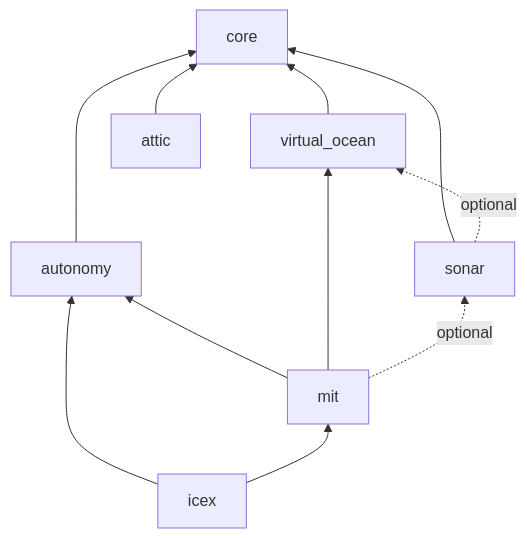
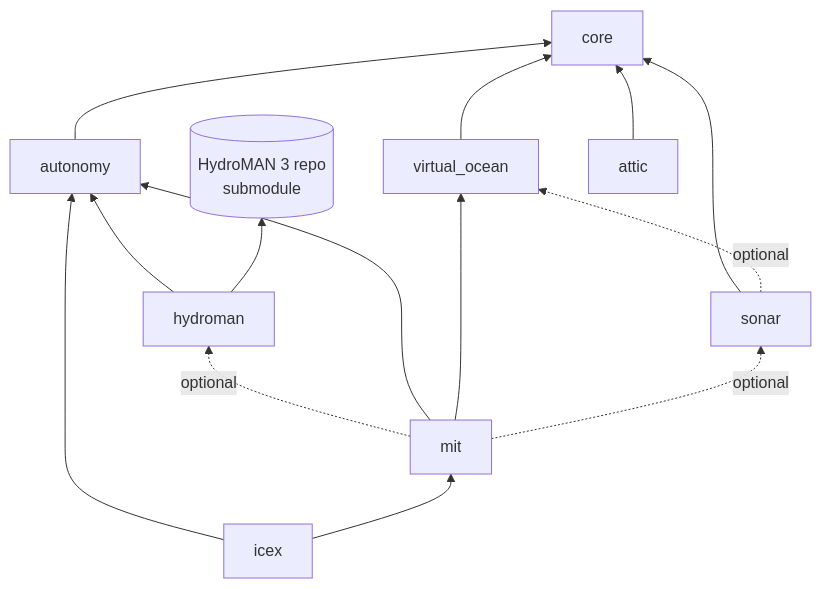
The second of 2 diagrams in core/src/doc/plan/claude/02-repository-layout-and-build.md (GobySoft/lamss3), drawn with Mermaid before and after one commit. The commit also changed other lines of this file and 10 other files, not shown here.

First line of the commit message:
Model HydroMAN 3 as a wrapper toolbox

````diff
--- a/core/src/doc/plan/claude/02-repository-layout-and-build.md
+++ b/core/src/doc/plan/claude/02-repository-layout-and-build.md
@@ -105,14 +111,17 @@
 ```mermaid
 flowchart BT
   core
   autonomy --> core
   virtual_ocean --> core
   sonar --> core
   sonar -.optional.-> virtual_ocean
+  hydroman --> autonomy
+  hydroman --> upstream[(HydroMAN 3 repo<br/>submodule)]
+  mit -.optional.-> hydroman
   mit --> autonomy
   mit --> virtual_ocean
   mit -.optional.-> sonar
   icex --> autonomy
   icex --> mit
   attic --> core
 ```
````
